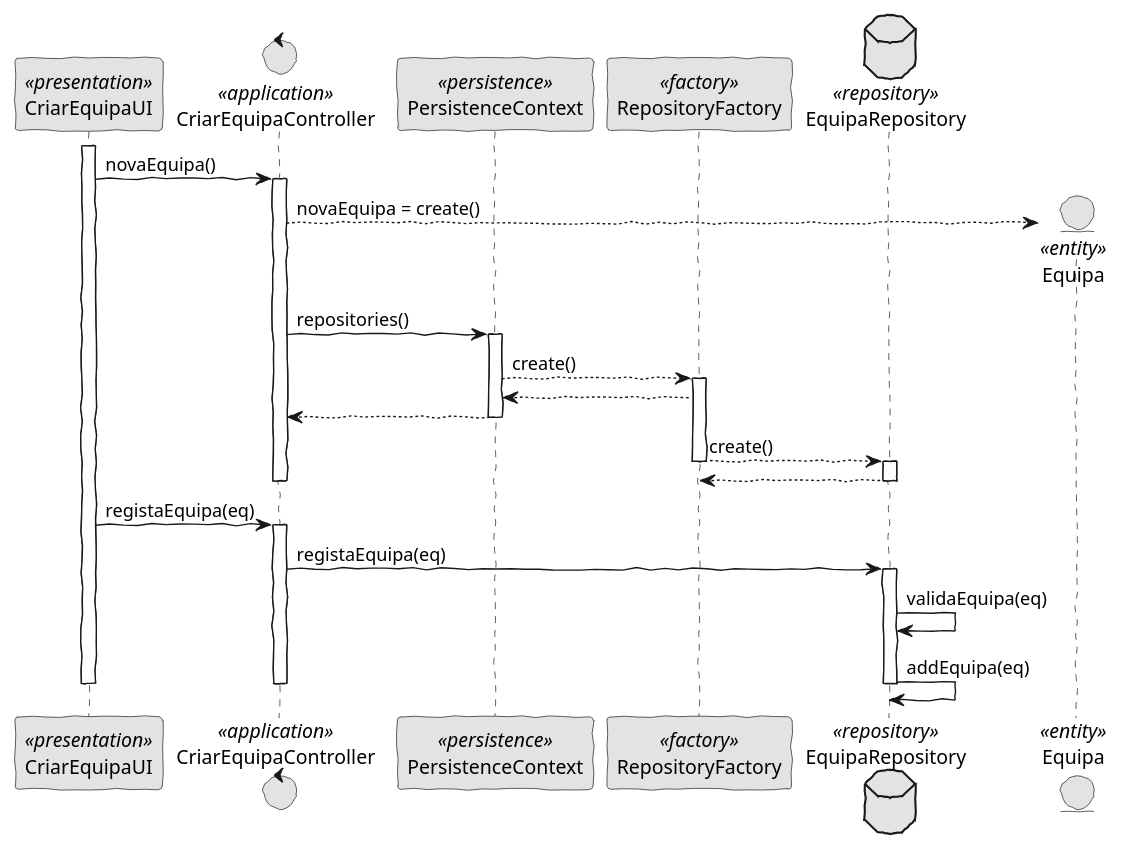
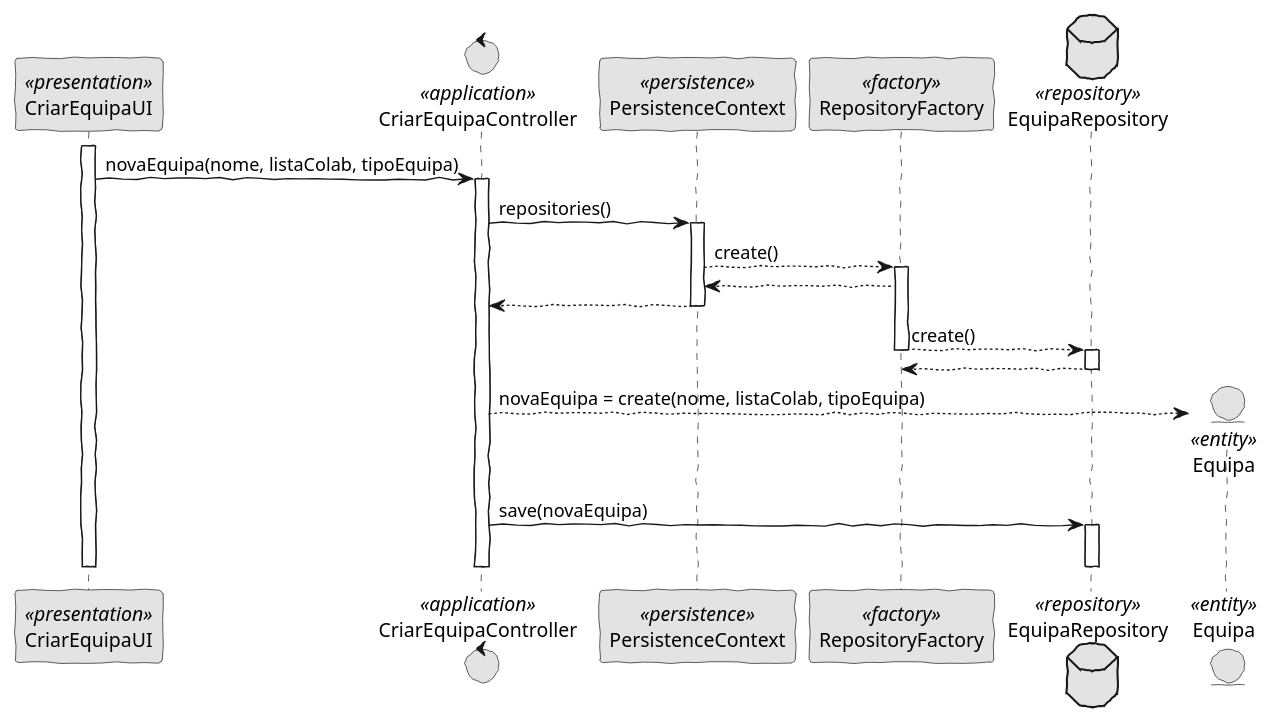
One commit to pedrolemos4/LAPR4 changed the diagram in docs/US2052_CriarEquipa/CriarEquipaSD.puml. Above: the diagram before and after it, drawn with PlantUML. The commit also changed 3 other files, not shown here.

```diff
--- a/docs/US2052_CriarEquipa/CriarEquipaSD.puml
+++ b/docs/US2052_CriarEquipa/CriarEquipaSD.puml
@@ -1,52 +1,45 @@
 @startuml
 'http://plantuml.com/skinparam.html
 skinparam handwritten true
 skinparam monochrome true
 skinparam packageStyle rect
 skinparam defaultFontName FG Virgil
 skinparam shadowing false
 
 participant CriarEquipaUI as UI <<presentation>>
 control CriarEquipaController as CTRL <<application>>
 participant PersistenceContext as Persistence <<persistence>>
 participant RepositoryFactory as Factory <<factory>>
 database EquipaRepository as ERepository <<repository>>
 entity Equipa as EQ <<entity>>
 
 activate UI
 
-UI -> CTRL : novaEquipa()
+UI -> CTRL : novaEquipa(nome, listaColab, tipoEquipa)
 activate CTRL
-
-CTRL --> EQ ** : novaEquipa = create()
 
 CTRL -> Persistence: repositories()
         activate Persistence
             Persistence --> Factory: create()
             activate Factory
                 Factory --> Persistence:
             
             Persistence --> CTRL:
         deactivate Persistence
 
             Factory --> ERepository : create()
             deactivate Factory
             
         activate ERepository
             ERepository --> Factory : 
         deactivate ERepository
-deactivate CTRL
+        
+CTRL --> EQ ** : novaEquipa = create(nome, listaColab, tipoEquipa)
 
-UI -> CTRL: registaEquipa(eq)
-activate CTRL
-CTRL -> ERepository: registaEquipa(eq)
-activate ERepository
-
-ERepository -> ERepository: validaEquipa(eq)
-
-ERepository -> ERepository: addEquipa(eq)
-
-deactivate ERepository
+        CTRL -> ERepository: save(novaEquipa)
+        activate ERepository
+        deactivate ERepository
+        
 deactivate CTRL
 deactivate UI
 @enduml
```
